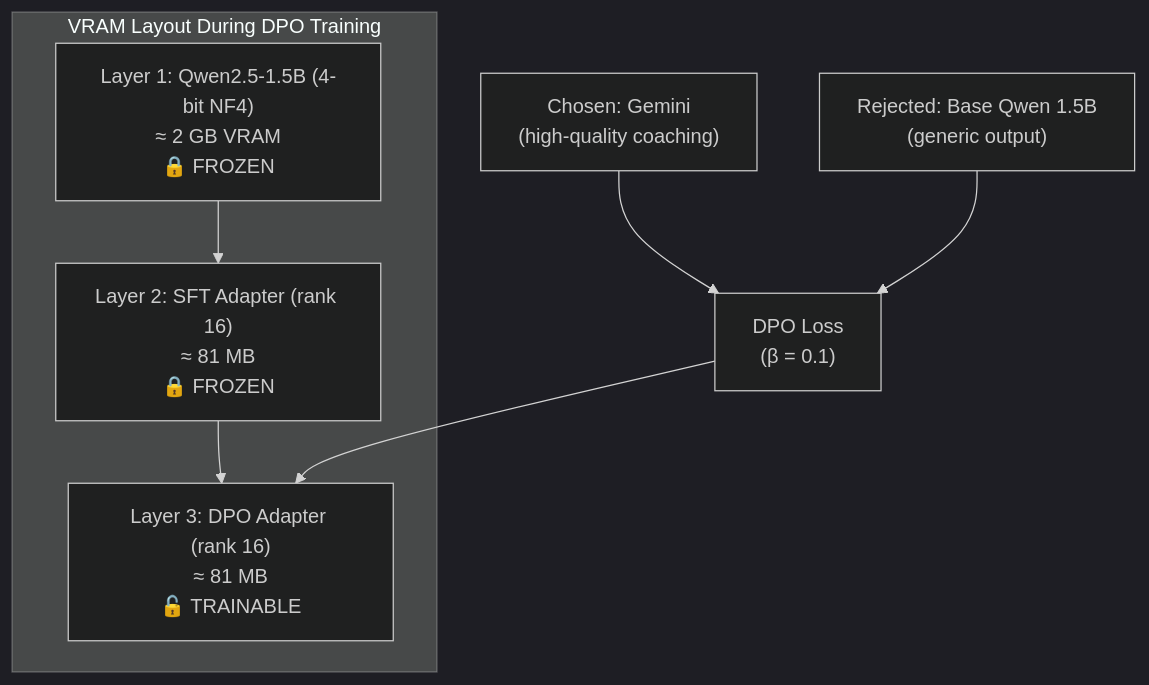
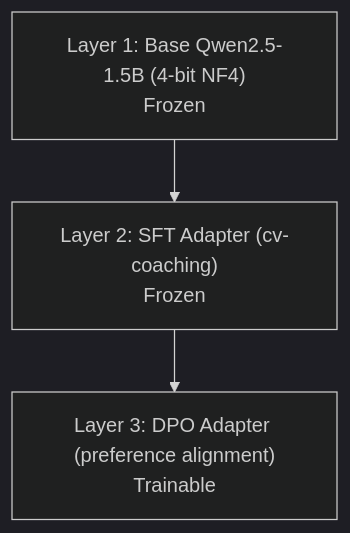
One commit to Vinhnguyen1227/Job-Market-Analytics-Platform changed the third of 3 diagrams in chapter_8_thesis_1.md. Above: the diagram before and after it, drawn with Mermaid (dark theme). The commit also changed other lines of this file and 46 other files, not shown here.

````diff
--- a/chapter_8_thesis_1.md
+++ b/chapter_8_thesis_1.md
@@ -490,15 +99,9 @@
 ```mermaid
 flowchart TD
-    subgraph "VRAM Layout During DPO Training"
-        BASE["Layer 1: Qwen2.5-1.5B (4-bit NF4)\n≈ 2 GB VRAM\n🔒 FROZEN"]
-        SFT["Layer 2: SFT Adapter (rank 16)\n≈ 81 MB\n🔒 FROZEN"]
-        DPO["Layer 3: DPO Adapter (rank 16)\n≈ 81 MB\n🔓 TRAINABLE"]
-    end
-
+    BASE["Layer 1: Base Qwen2.5-1.5B (4-bit NF4)<br>Frozen"]
+    SFT["Layer 2: SFT Adapter (cv-coaching)<br>Frozen"]
+    DPO["Layer 3: DPO Adapter (preference alignment)<br>Trainable"]
+    
     BASE --> SFT
     SFT --> DPO
-
-    CHOSEN["Chosen: Gemini\n(high-quality coaching)"] --> LOSS
-    REJECTED["Rejected: Base Qwen 1.5B\n(generic output)"] --> LOSS
-    LOSS["DPO Loss\n(β = 0.1)"] --> DPO
 ```
````
